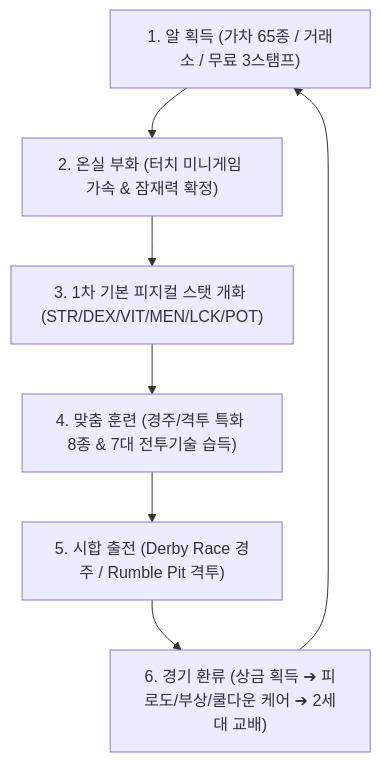
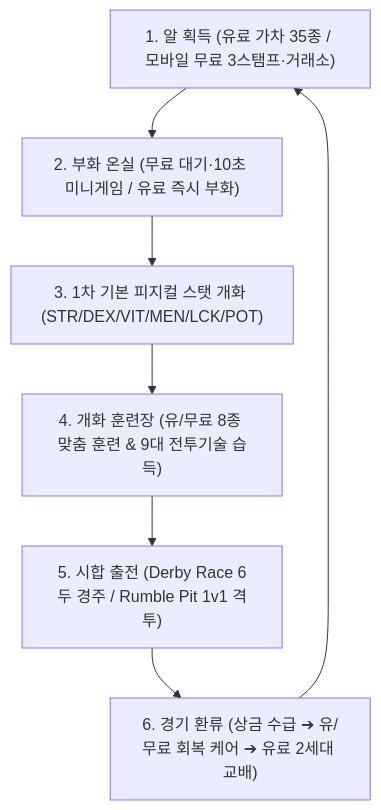
Before and after one commit to fingerfinger/rooster-rumble: the first of 2 diagrams in docs/farm/docs/Rumble Farm MVP 구성안.md, drawn with Mermaid. The commit also changed other lines of this file and 73 other files, not shown here.

````diff
--- a/docs/farm/docs/Rumble Farm MVP 구성안.md
+++ b/docs/farm/docs/Rumble Farm MVP 구성안.md
@@ -108,9 +121,9 @@
 ```mermaid
 flowchart TD
-    A["1. 알 획득 (가차 65종 / 거래소 / 무료 3스탬프)"] --> B["2. 온실 부화 (터치 미니게임 가속 & 잠재력 확정)"]
+    A["1. 알 획득 (유료 가차 35종 / 모바일 무료 3스탬프·거래소)"] --> B["2. 부화 온실 (무료 대기·10초 미니게임 / 유료 즉시 부화)"]
     B --> C["3. 1차 기본 피지컬 스탯 개화 (STR/DEX/VIT/MEN/LCK/POT)"]
-    C --> D["4. 맞춤 훈련 (경주/격투 특화 8종 & 7대 전투기술 습득)"]
-    D --> E["5. 시합 출전 (Derby Race 경주 / Rumble Pit 격투)"]
-    E --> F["6. 경기 환류 (상금 획득 ➔ 피로도/부상/쿨다운 케어 ➔ 2세대 교배)"]
+    C --> D["4. 개화 훈련장 (유/무료 8종 맞춤 훈련 & 9대 전투기술 습득)"]
+    D --> E["5. 시합 출전 (Derby Race 6두 경주 / Rumble Pit 1v1 격투)"]
+    E --> F["6. 경기 환류 (상금 수급 ➔ 유/무료 회복 케어 ➔ 유료 2세대 교배)"]
     F --> A
 ```
````
